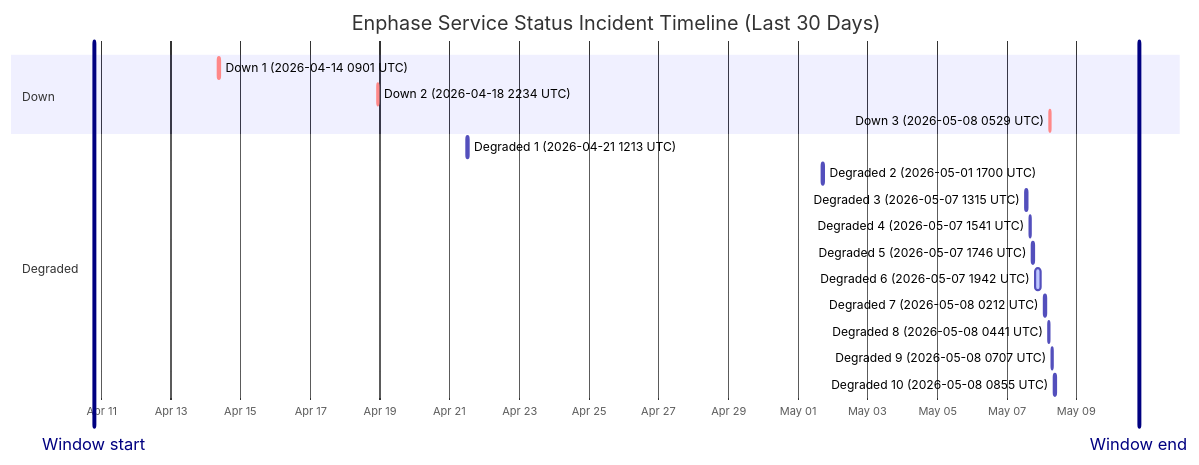
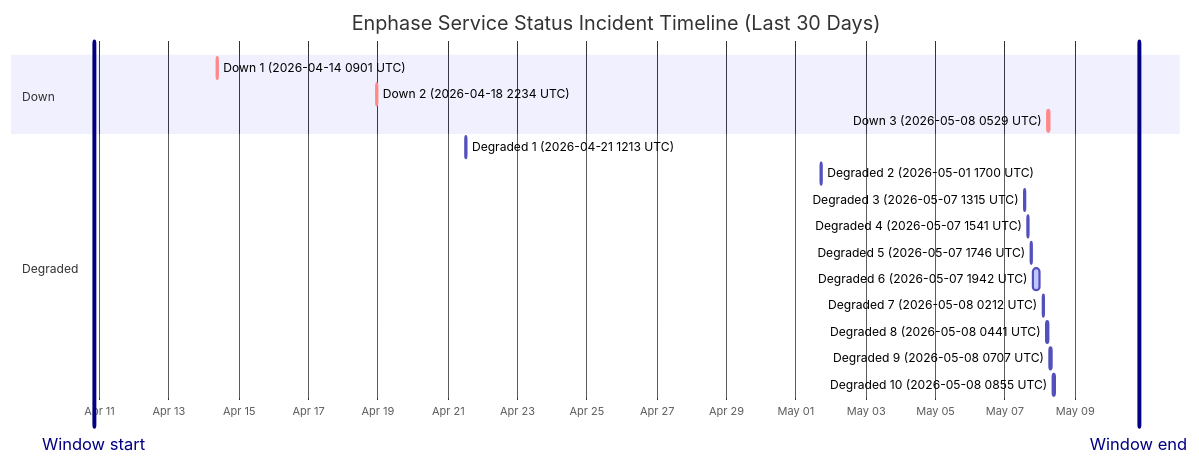
The diagram in wiki/Service-Status-History.md (barneyonline/ha-enphase-ev-charger), drawn with Mermaid before and after one commit. The commit also changed other lines of this file and 3 other files, not shown here.

````diff
--- a/wiki/Service-Status-History.md
+++ b/wiki/Service-Status-History.md
@@ -14,23 +14,23 @@
 ```mermaid
 gantt
     title Enphase Service Status Incident Timeline (Last 30 Days)
     dateFormat  YYYY-MM-DDTHH:mm:ss
     axisFormat  %b %d
-    Window start :vert, window-start, 2026-04-10T19:02:13, 0ms
-    Window end :vert, window-end, 2026-05-10T19:02:13, 0ms
+    Window start :vert, window-start, 2026-04-10T20:09:28, 0ms
+    Window end :vert, window-end, 2026-05-10T20:09:28, 0ms
     section Down
     Down 1 (2026-04-14 0901 UTC) :crit, down-1, 2026-04-14T09:01:13, 60m
     Down 2 (2026-04-18 2234 UTC) :crit, down-2, 2026-04-18T22:34:13, 60m
     Down 3 (2026-05-08 0529 UTC) :crit, down-3, 2026-05-08T05:29:47, 60m
     section Degraded
     Degraded 1 (2026-04-21 1213 UTC) :active, degraded-1, 2026-04-21T12:13:11, 60m
     Degraded 2 (2026-05-01 1700 UTC) :active, degraded-2, 2026-05-01T17:00:22, 60m
     Degraded 3 (2026-05-07 1315 UTC) :active, degraded-3, 2026-05-07T13:15:25, 60m
     Degraded 4 (2026-05-07 1541 UTC) :active, degraded-4, 2026-05-07T15:41:58, 60m
     Degraded 5 (2026-05-07 1746 UTC) :active, degraded-5, 2026-05-07T17:46:51, 60m
     Degraded 6 (2026-05-07 1942 UTC) :active, degraded-6, 2026-05-07T19:42:10, 249m
     Degraded 7 (2026-05-08 0212 UTC) :active, degraded-7, 2026-05-08T02:12:39, 60m
     Degraded 8 (2026-05-08 0441 UTC) :active, degraded-8, 2026-05-08T04:41:46, 60m
     Degraded 9 (2026-05-08 0707 UTC) :active, degraded-9, 2026-05-08T07:07:30, 60m
     Degraded 10 (2026-05-08 0855 UTC) :active, degraded-10, 2026-05-08T08:55:20, 88m
 ```
````
